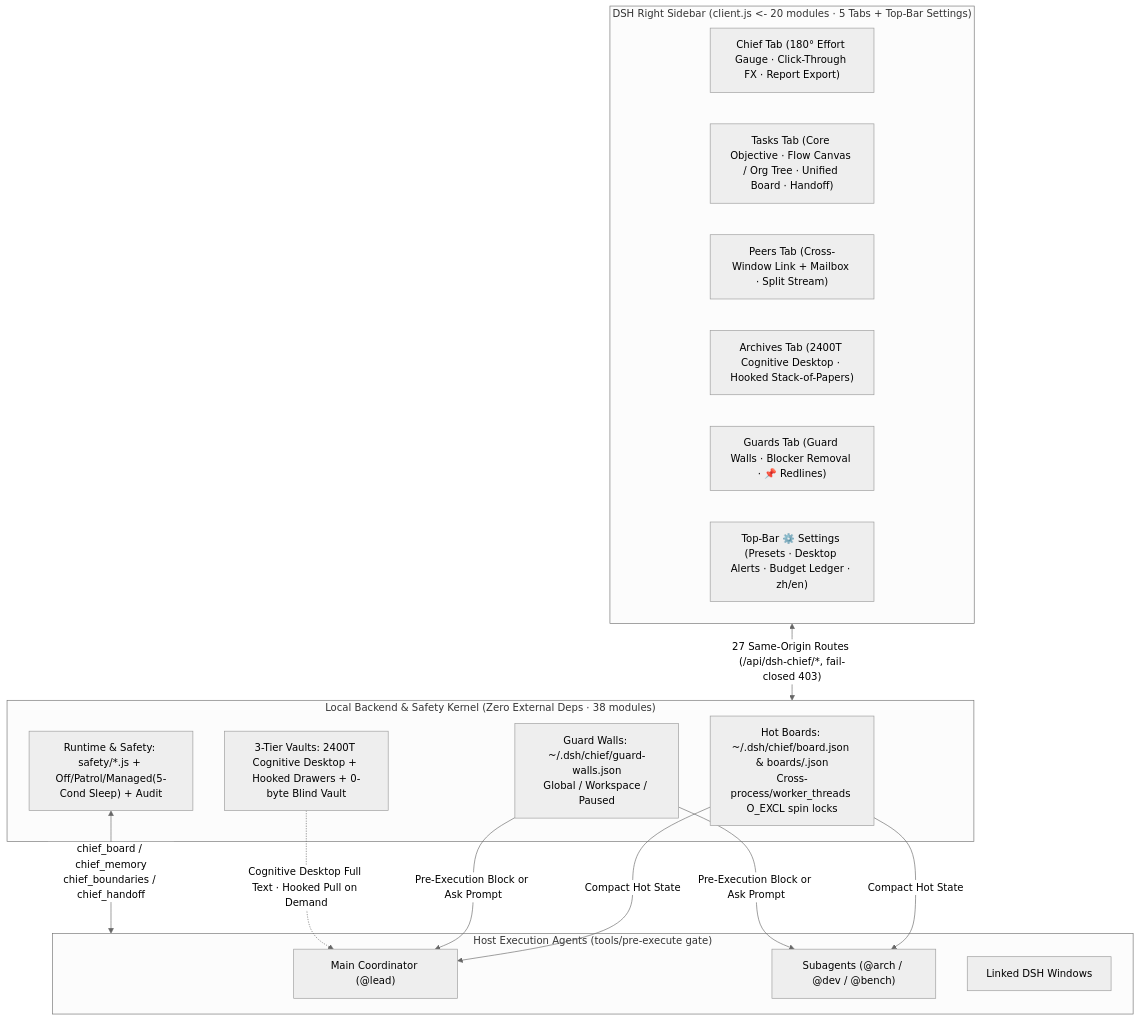
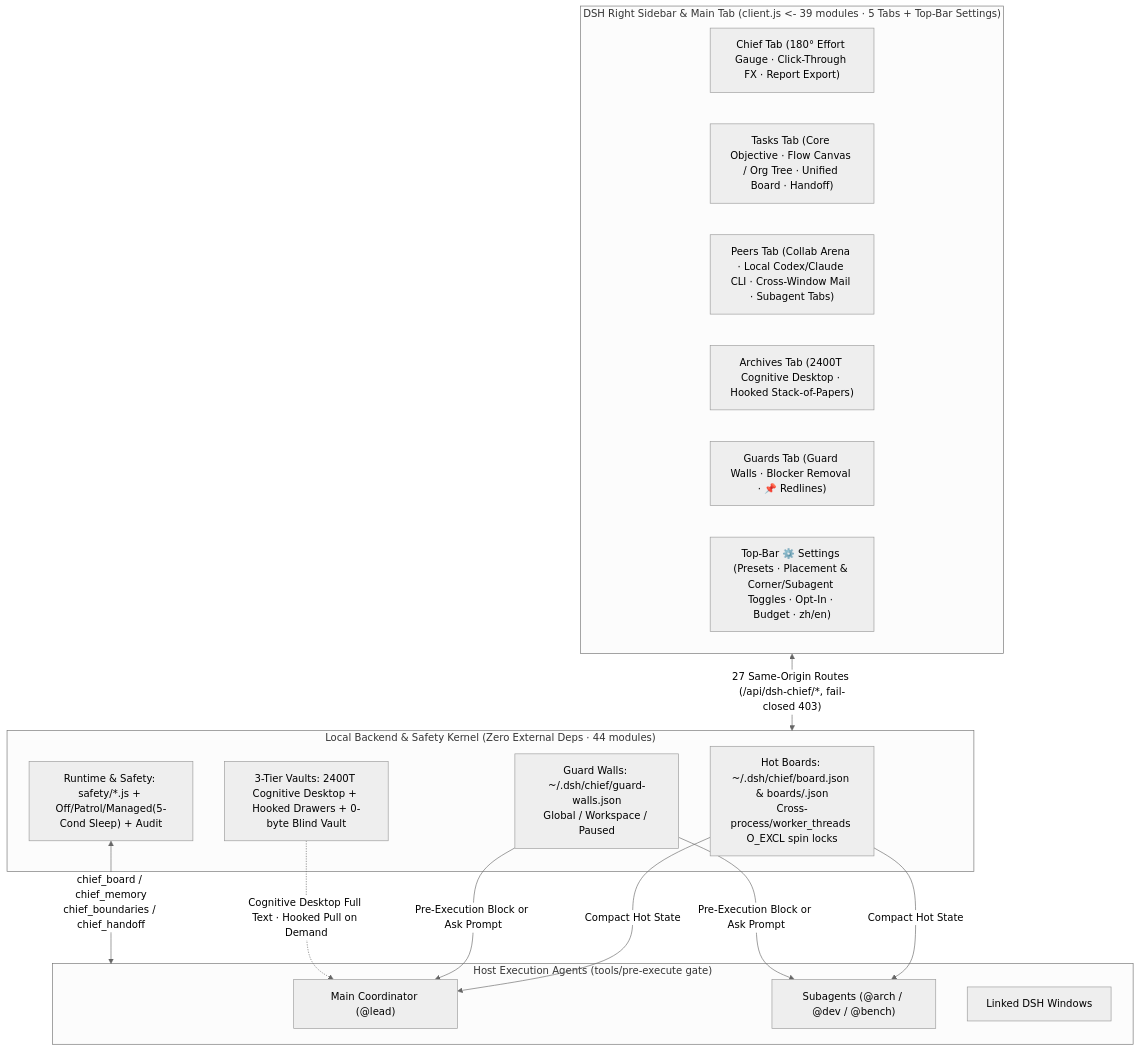
Before and after one commit to gluztm/dsh-chief: the second of 2 diagrams in README.en.md, drawn with Mermaid (neutral theme). The commit also changed other lines of this file and 7 other files, not shown here.

````diff
--- a/README.en.md
+++ b/README.en.md
@@ -311,32 +323,32 @@
 ```mermaid
 flowchart TB
-  subgraph UI["DSH Right Sidebar (client.js <- 20 modules · 5 Tabs + Top-Bar Settings)"]
+  subgraph UI["DSH Right Sidebar & Main Tab (client.js <- 39 modules · 5 Tabs + Top-Bar Settings)"]
     T1["Chief Tab (180° Effort Gauge · Click-Through FX · Report Export)"]
     T2["Tasks Tab (Core Objective · Flow Canvas / Org Tree · Unified Board · Handoff)"]
-    T3["Peers Tab (Cross-Window Link + Mailbox · Split Stream)"]
+    T3["Peers Tab (Collab Arena · Local Codex/Claude CLI · Cross-Window Mail · Subagent Tabs)"]
     T5["Archives Tab (2400T Cognitive Desktop · Hooked Stack-of-Papers)"]
     T6["Guards Tab (Guard Walls · Blocker Removal · 📌 Redlines)"]
-    T7["Top-Bar ⚙️ Settings (Presets · Desktop Alerts · Budget Ledger · zh/en)"]
+    T7["Top-Bar ⚙️ Settings (Presets · Placement & Corner/Subagent Toggles · Opt-In · Budget · zh/en)"]
   end
 
-  subgraph Core["Local Backend & Safety Kernel (Zero External Deps · 38 modules)"]
+  subgraph Core["Local Backend & Safety Kernel (Zero External Deps · 44 modules)"]
     Hot["Hot Boards: ~/.dsh/chief/board.json & boards/<sid>.json\nCross-process/worker_threads O_EXCL spin locks"]
     Walls["Guard Walls: ~/.dsh/chief/guard-walls.json\nGlobal / Workspace / Paused"]
     Cold["3-Tier Vaults: 2400T Cognitive Desktop + Hooked Drawers + 0-byte Blind Vault"]
     Bus["Runtime & Safety: safety/*.js + Off/Patrol/Managed(5-Cond Sleep) + Audit"]
   end
 
   subgraph Agents["Host Execution Agents (tools/pre-execute gate)"]
     Lead["Main Coordinator (@lead)"]
     Subs["Subagents (@arch / @dev / @bench)"]
     Peers["Linked DSH Windows"]
   end
 
   UI <-->|"27 Same-Origin Routes (/api/dsh-chief/*, fail-closed 403)"| Core
   Hot -->|"Compact Hot State"| Lead
   Hot -->|"Compact Hot State"| Subs
   Walls -->|"Pre-Execution Block or Ask Prompt"| Lead
   Walls -->|"Pre-Execution Block or Ask Prompt"| Subs
   Cold -.->|"Cognitive Desktop Full Text · Hooked Pull on Demand"| Lead
   Bus <-->|"chief_board / chief_memory\nchief_boundaries / chief_handoff"| Agents
 ```
````
